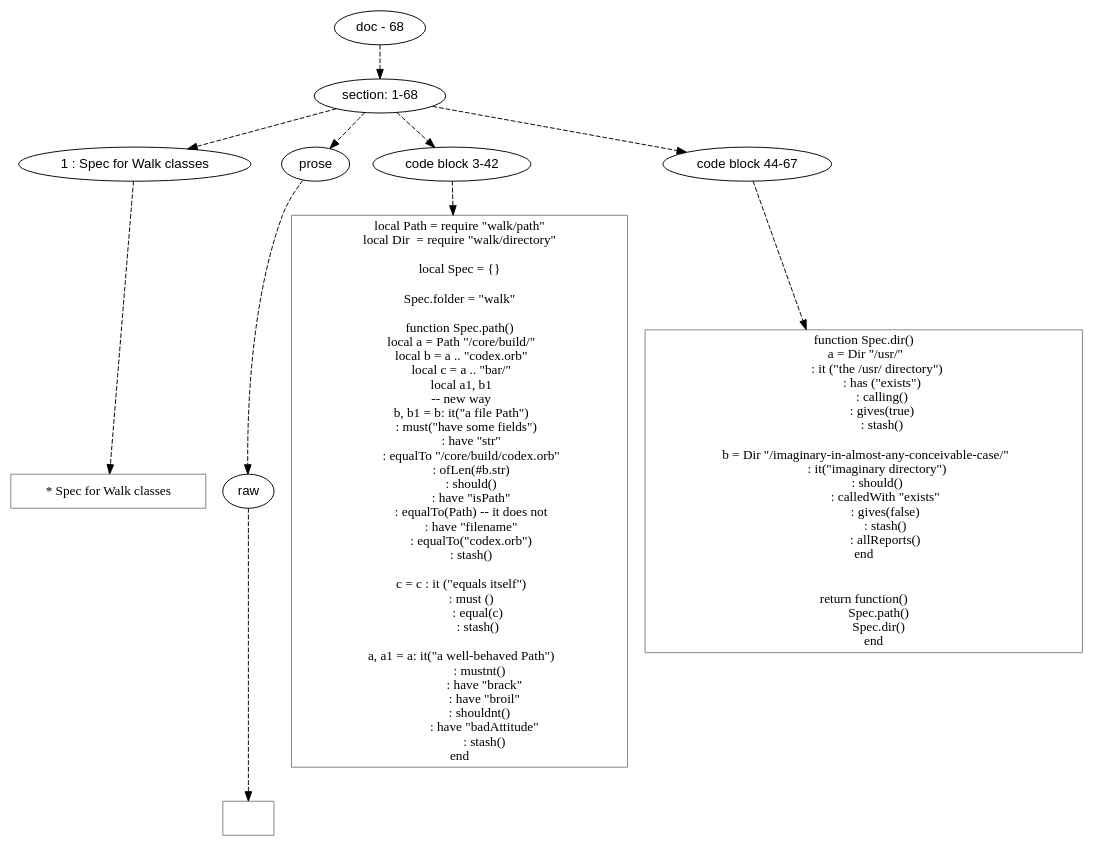
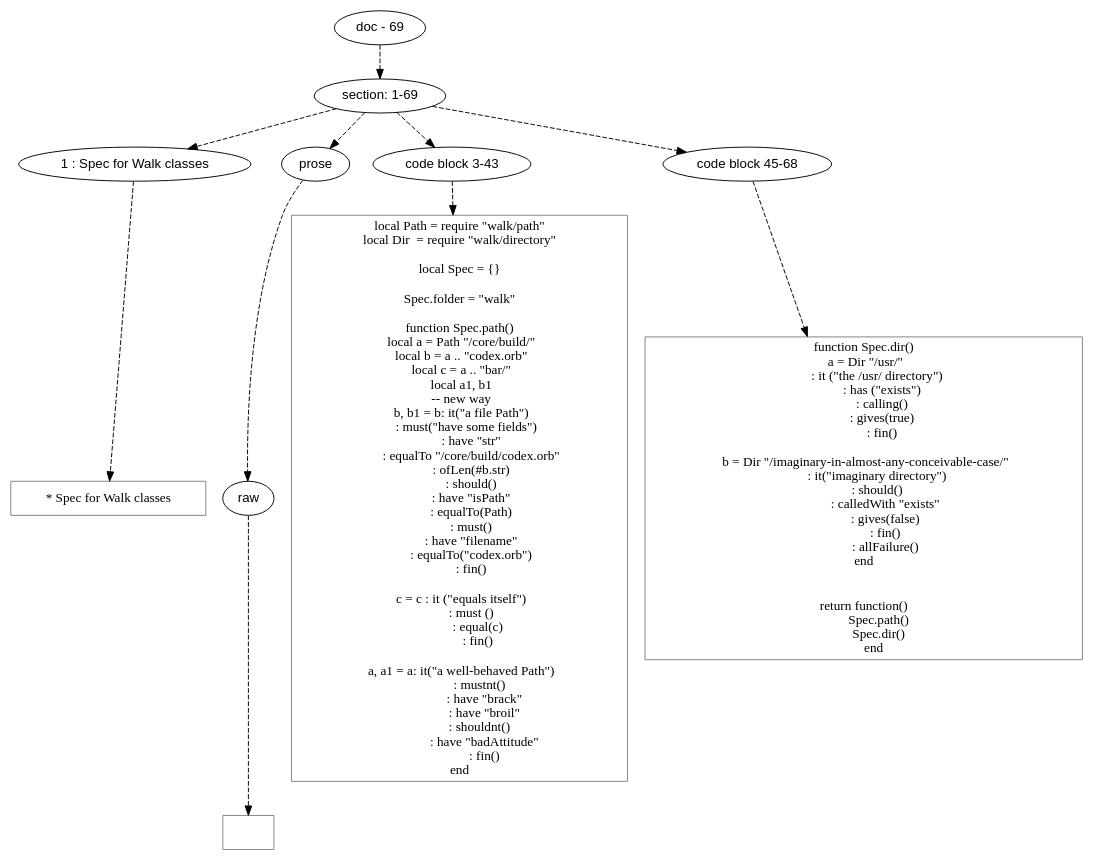
One commit to mnemnion/orb changed the diagram in doc/dot/spec/walk-spec.dot. Above: the diagram before and after it, drawn with Graphviz. The commit also changed 14 other files, not shown here.

```diff
--- a/doc/dot/spec/walk-spec.dot
+++ b/doc/dot/spec/walk-spec.dot
@@ -1,115 +1,116 @@
 digraph lpegNode {
 
 node [fontname=Helvetica]
 edge [style=dashed]
 
-doc_0 [label="doc - 68"]
+doc_0 [label="doc - 69"]
 
 
 doc_0 -> { section_1}
 {rank=same; section_1}
 
-section_1 [label="section: 1-68"]
+section_1 [label="section: 1-69"]
 
 
 // END RANK doc_0
 
 section_1 -> { header_2 prose_3 codeblock_4 codeblock_5}
 {rank=same; header_2 prose_3 codeblock_4 codeblock_5}
 
 header_2 [label="1 : Spec for Walk classes"]
 
 prose_3 [label="prose"]
 
-codeblock_4 [label="code block 3-42"]
+codeblock_4 [label="code block 3-43"]
 
-codeblock_5 [label="code block 44-67"]
+codeblock_5 [label="code block 45-68"]
 
 
 // END RANK section_1
 
 header_2 -> leaf_6
 leaf_6  [color=Gray,shape=rectangle,fontname=Inconsolata,label="* Spec for Walk classes"]
 // END RANK header_2
 
 prose_3 -> { raw_7}
 {rank=same; raw_7}
 
 raw_7 [label="raw"]
 
 
 // END RANK prose_3
 
 raw_7 -> leaf_8
 leaf_8  [color=Gray,shape=rectangle,fontname=Inconsolata,label="
 "]
 // END RANK raw_7
 
 codeblock_4 -> leaf_9
 leaf_9  [color=Gray,shape=rectangle,fontname=Inconsolata,label="local Path = require \"walk/path\"
 local Dir  = require \"walk/directory\"
 
 local Spec = {}
 
 Spec.folder = \"walk\"
 
 function Spec.path()
   local a = Path \"/core/build/\"
   local b = a .. \"codex.orb\"
   local c = a .. \"bar/\"
   local a1, b1
   -- new way
   b, b1 = b: it(\"a file Path\")
      : must(\"have some fields\")
         : have \"str\"
         : equalTo \"/core/build/codex.orb\"
         : ofLen(#b.str)
         : should()
         : have \"isPath\"
-        : equalTo(Path) -- it does not
+        : equalTo(Path)
+        : must()
         : have \"filename\"
         : equalTo(\"codex.orb\")
-        : stash()
+        : fin()
 
   c = c : it (\"equals itself\")
         : must ()
             : equal(c)
-            : stash()
+            : fin()
 
   a, a1 = a: it(\"a well-behaved Path\")
              : mustnt()
                 : have \"brack\"
                 : have \"broil\"
              : shouldnt()
                 : have \"badAttitude\"
-                : stash()
+                : fin()
 end"]
 // END RANK codeblock_4
 
 codeblock_5 -> leaf_10
 leaf_10  [color=Gray,shape=rectangle,fontname=Inconsolata,label="function Spec.dir()
   a = Dir \"/usr/\"
          : it (\"the /usr/ directory\")
             : has (\"exists\")
             : calling()
             : gives(true)
-            : stash()
+            : fin()
 
   b = Dir \"/imaginary-in-almost-any-conceivable-case/\"
          : it(\"imaginary directory\")
          : should()
               : calledWith \"exists\"
               : gives(false)
-              : stash()
-              : allReports()
+              : fin()
+              : allFailure()
 end
 
 
 return function()
           Spec.path()
           Spec.dir()
        end"]
 // END RANK codeblock_5
 
 
 }
```
